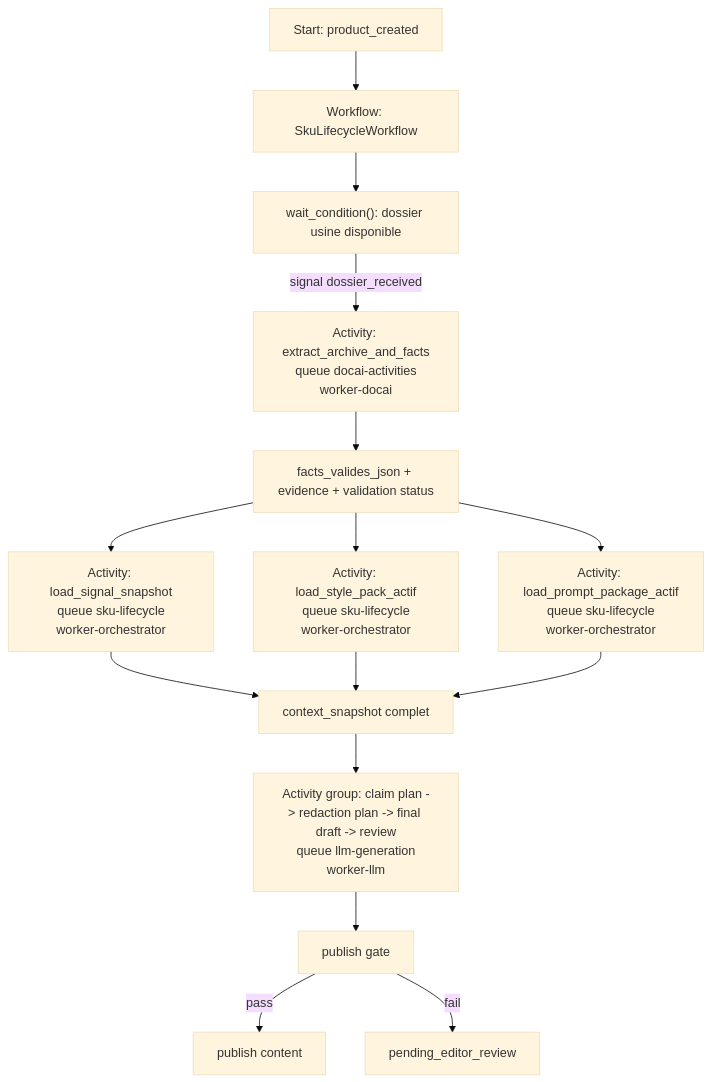
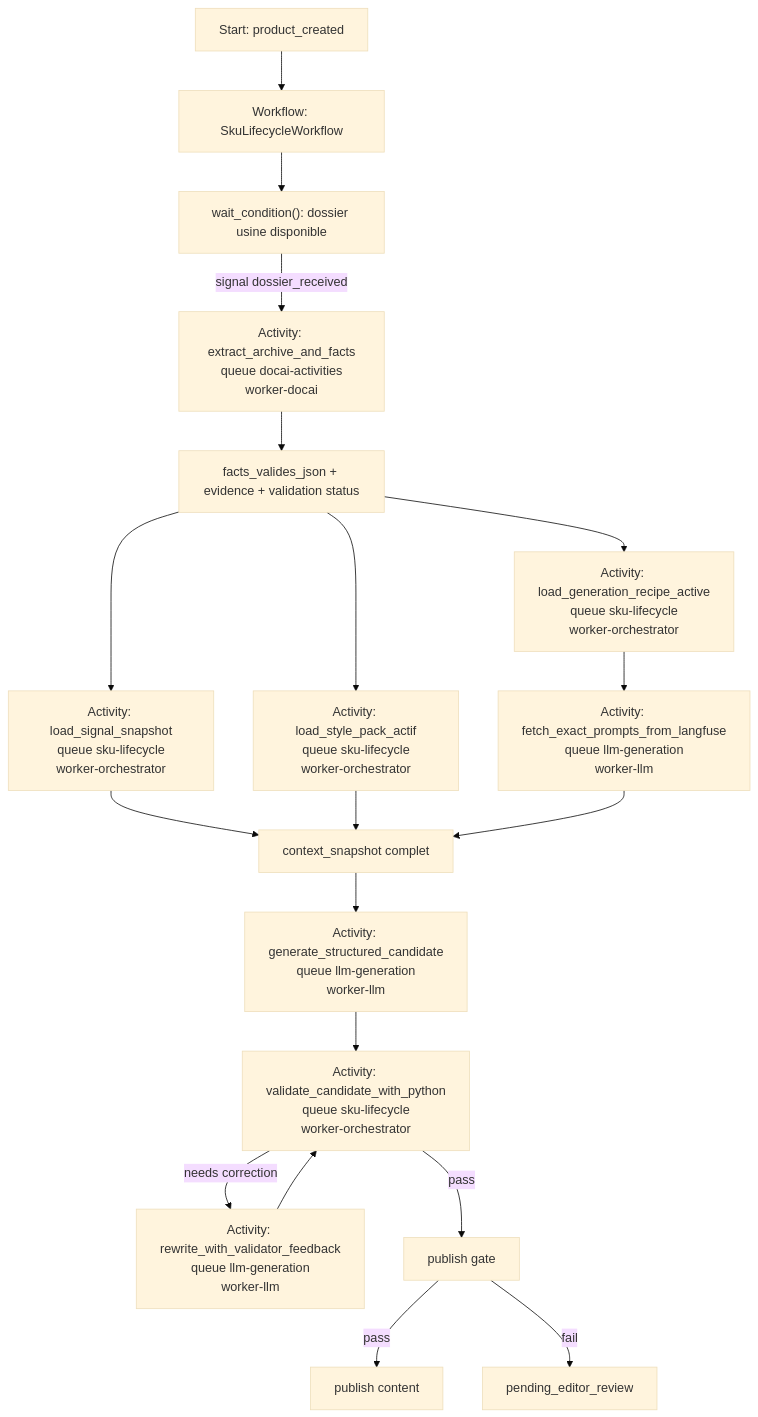
The third of 5 diagrams in docs/ARCHITECTURE_SOTA_2026.md (floriansollami/factory-writer), drawn with Mermaid (base theme) before and after one commit. The commit also changed other lines of this file and 97 other files, not shown here.

````diff
--- a/docs/ARCHITECTURE_SOTA_2026.md
+++ b/docs/ARCHITECTURE_SOTA_2026.md
@@ -228,21 +315,25 @@
 ```mermaid
 flowchart TD
     A["Start: product_created"] --> B["Workflow: SkuLifecycleWorkflow"]
     B --> C["wait_condition(): dossier usine disponible"]
 
     C -->|"signal dossier_received"| D["Activity: extract_archive_and_facts<br/>queue docai-activities<br/>worker-docai"]
     D --> E["facts_valides_json + evidence + validation status"]
 
     E --> F["Activity: load_signal_snapshot<br/>queue sku-lifecycle<br/>worker-orchestrator"]
     E --> G["Activity: load_style_pack_actif<br/>queue sku-lifecycle<br/>worker-orchestrator"]
-    E --> H["Activity: load_prompt_package_actif<br/>queue sku-lifecycle<br/>worker-orchestrator"]
+    E --> H["Activity: load_generation_recipe_active<br/>queue sku-lifecycle<br/>worker-orchestrator"]
+    H --> H2["Activity: fetch_exact_prompts_from_langfuse<br/>queue llm-generation<br/>worker-llm"]
 
     F --> I["context_snapshot complet"]
     G --> I
-    H --> I
+    H2 --> I
 
-    I --> J["Activity group: claim plan -> redaction plan -> final draft -> review<br/>queue llm-generation<br/>worker-llm"]
-    J --> K["publish gate"]
+    I --> J["Activity: generate_structured_candidate<br/>queue llm-generation<br/>worker-llm"]
+    J --> J2["Activity: validate_candidate_with_python<br/>queue sku-lifecycle<br/>worker-orchestrator"]
+    J2 -->|"needs correction"| J3["Activity: rewrite_with_validator_feedback<br/>queue llm-generation<br/>worker-llm"]
+    J3 --> J2
+    J2 -->|"pass"| K["publish gate"]
     K -->|"pass"| L["publish content"]
     K -->|"fail"| M["pending_editor_review"]
 ```
````
